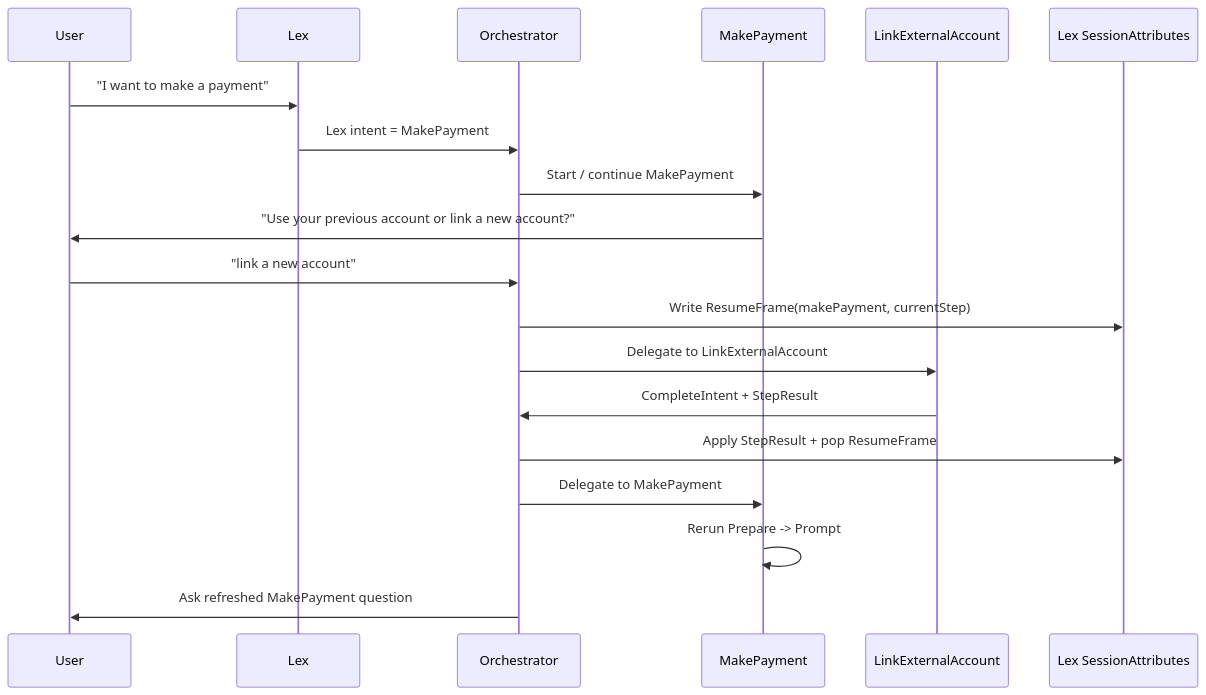
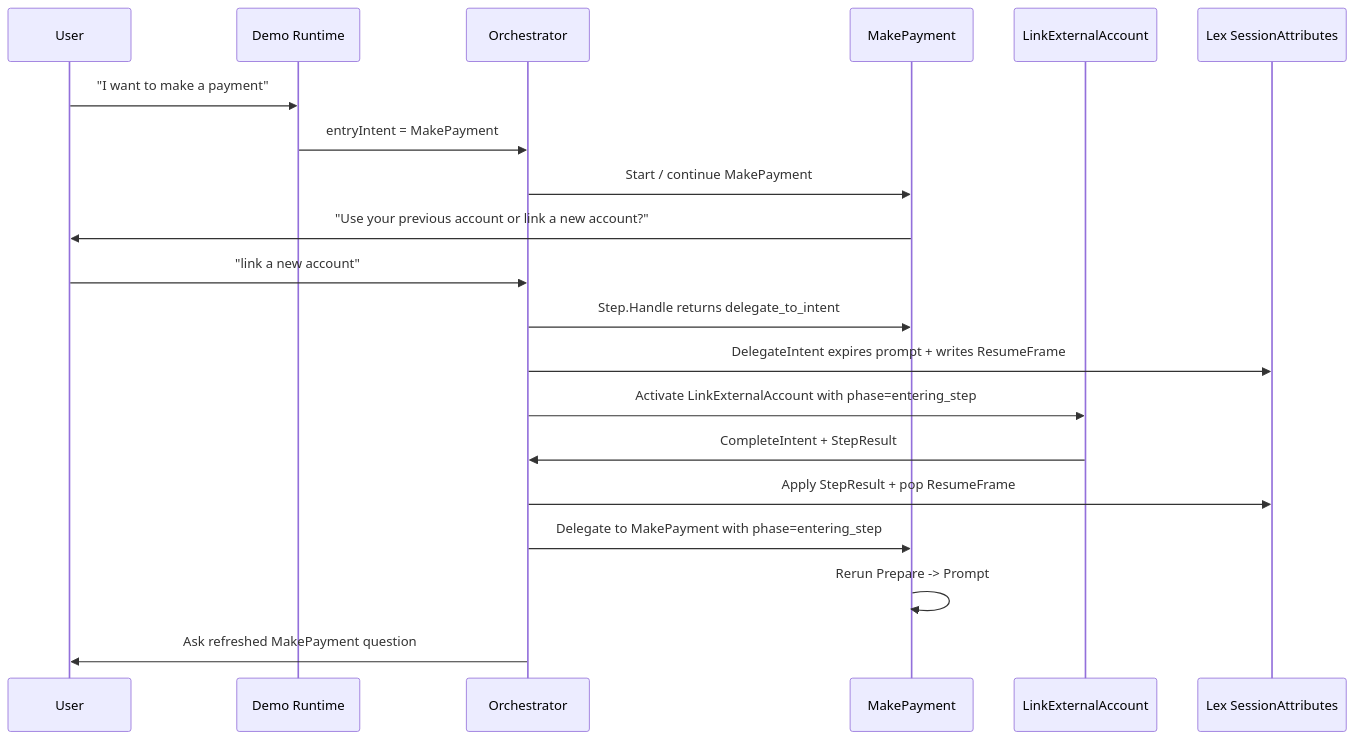
The fourth of 9 diagrams in docs/superpowers/specs/2026-06-07-intent-step-orchestration-confluence.md (fghjkl007/adk-go-company-model-integration), drawn with Mermaid before and after one commit. The commit also changed other lines of this file and 2 other files, not shown here.

Commit message:
docs: update intent step orchestration design

````diff
--- a/docs/superpowers/specs/2026-06-07-intent-step-orchestration-confluence.md
+++ b/docs/superpowers/specs/2026-06-07-intent-step-orchestration-confluence.md
@@ -189,22 +223,23 @@
 ```mermaid
 sequenceDiagram
   participant User
-  participant Lex
+  participant Runtime as Demo Runtime
   participant Orchestrator
   participant MakePayment
   participant LinkExternalAccount
   participant SessionAttributes as Lex SessionAttributes
 
-  User->>Lex: "I want to make a payment"
-  Lex->>Orchestrator: Lex intent = MakePayment
+  User->>Runtime: "I want to make a payment"
+  Runtime->>Orchestrator: entryIntent = MakePayment
   Orchestrator->>MakePayment: Start / continue MakePayment
   MakePayment->>User: "Use your previous account or link a new account?"
   User->>Orchestrator: "link a new account"
-  Orchestrator->>SessionAttributes: Write ResumeFrame(makePayment, currentStep)
-  Orchestrator->>LinkExternalAccount: Delegate to LinkExternalAccount
+  Orchestrator->>MakePayment: Step.Handle returns delegate_to_intent
+  Orchestrator->>SessionAttributes: DelegateIntent expires prompt + writes ResumeFrame
+  Orchestrator->>LinkExternalAccount: Activate LinkExternalAccount with phase=entering_step
   LinkExternalAccount->>Orchestrator: CompleteIntent + StepResult
   Orchestrator->>SessionAttributes: Apply StepResult + pop ResumeFrame
-  Orchestrator->>MakePayment: Delegate to MakePayment
+  Orchestrator->>MakePayment: Delegate to MakePayment with phase=entering_step
   MakePayment->>MakePayment: Rerun Prepare -> Prompt
   Orchestrator->>User: Ask refreshed MakePayment question
 ```
````
